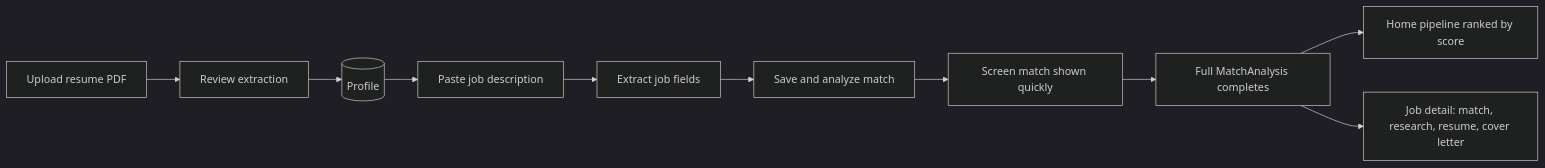
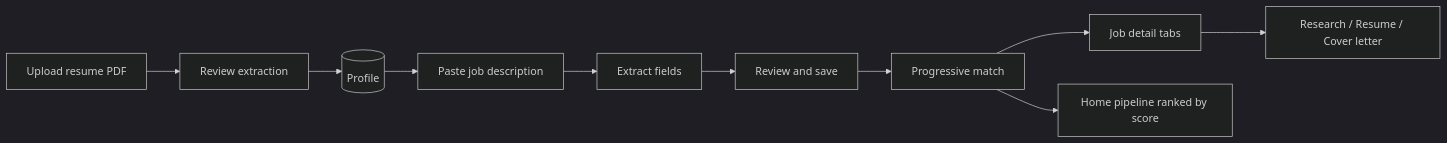
Before and after one commit to Englishpersonfaeroeislands211/ai-career-os: the diagram in docs/project-status.md, drawn with Mermaid (dark theme). The commit also changed other lines of this file and 6 other files, not shown here.

````diff
--- a/docs/project-status.md
+++ b/docs/project-status.md
@@ -13,12 +13,12 @@
 ```mermaid
 flowchart LR
     A[Upload resume PDF] --> B[Review extraction]
     B --> C[(Profile)]
     C --> D[Paste job description]
-    D --> E[Extract job fields]
-    E --> F[Save and analyze match]
-    F --> G[Screen match shown quickly]
-    G --> H[Full MatchAnalysis completes]
-    H --> I[Home pipeline ranked by score]
-    H --> J[Job detail: match, research, resume, cover letter]
+    D --> E[Extract fields]
+    E --> F[Review and save]
+    F --> G[Progressive match]
+    G --> H[Job detail tabs]
+    H --> I[Research / Resume / Cover letter]
+    G --> J[Home pipeline ranked by score]
 ```
````
